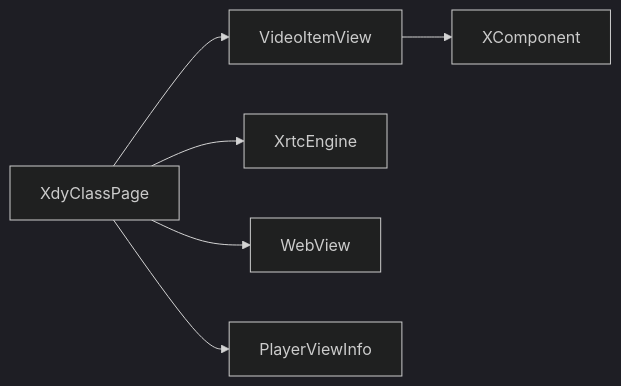
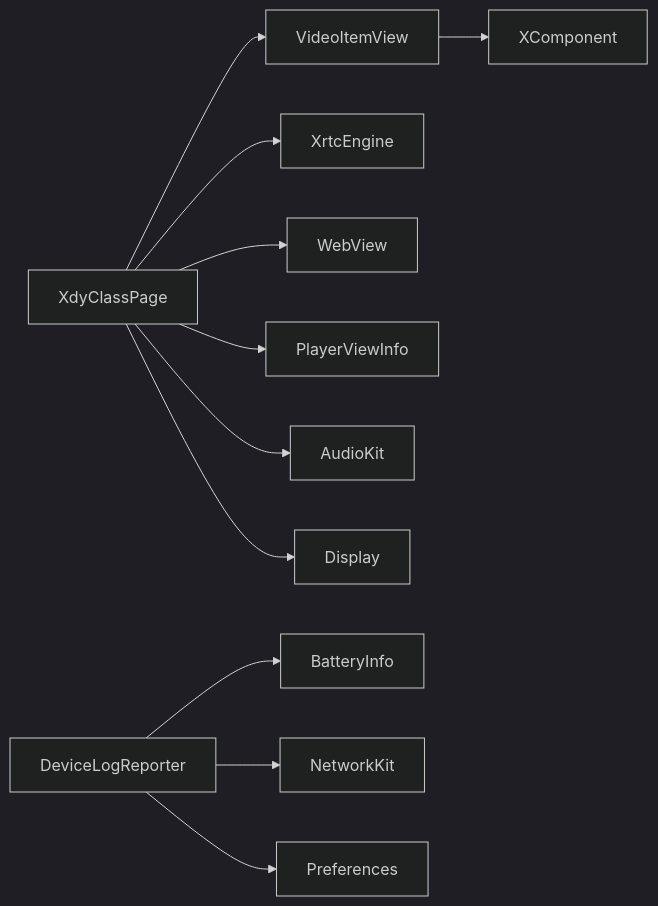
The eighth of 8 diagrams in .qoder/repowiki/zh/content/主要功能模块/视频渲染系统.md (huz1xuan/harmony_XDY), drawn with Mermaid (dark theme) before and after one commit. The commit also changed other lines of this file and 15 other files, not shown here.

````diff
--- a/.qoder/repowiki/zh/content/主要功能模块/视频渲染系统.md
+++ b/.qoder/repowiki/zh/content/主要功能模块/视频渲染系统.md
@@ -313,8 +409,13 @@
 ```mermaid
 graph LR
 XdyClassPage --> VideoItemView
 VideoItemView --> XComponent
 XdyClassPage --> XrtcEngine
 XdyClassPage --> WebView
 XdyClassPage --> PlayerViewInfo
+XdyClassPage --> AudioKit
+XdyClassPage --> Display
+DeviceLogReporter --> BatteryInfo
+DeviceLogReporter --> NetworkKit
+DeviceLogReporter --> Preferences
 ```
````
